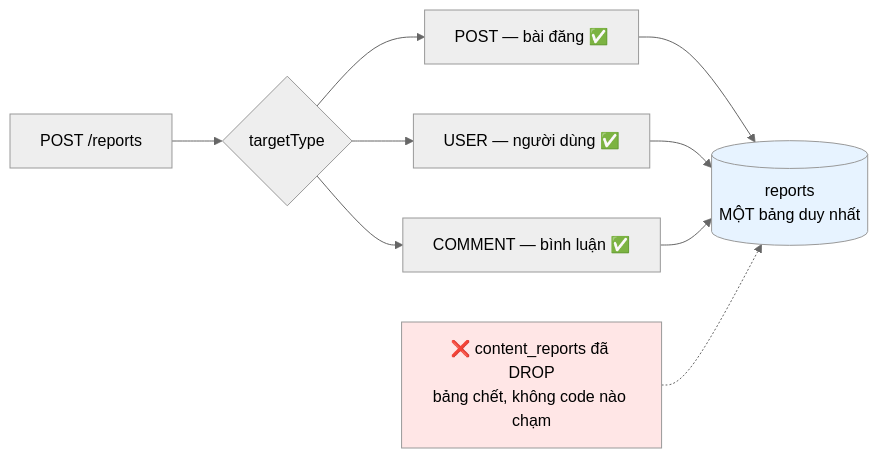
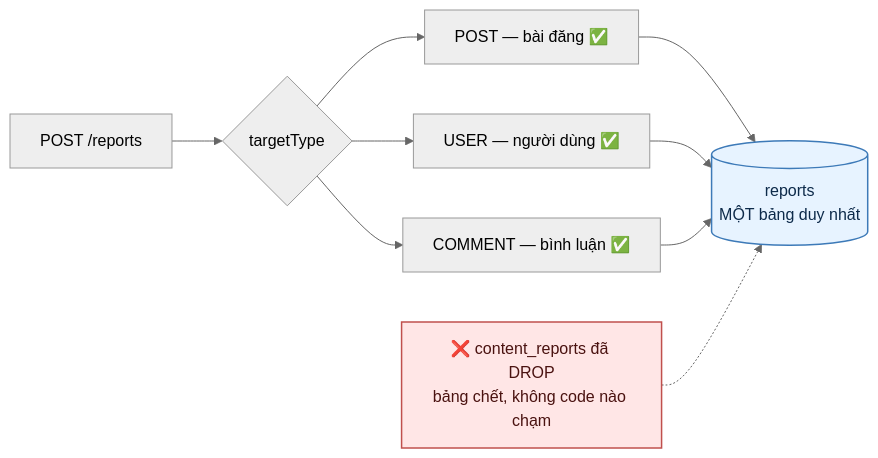
Before and after one commit to fdshn/trueheart: the first of 5 diagrams in docs/diagram/15-report.md, drawn with Mermaid (neutral theme). The commit also changed other lines of this file and 30 other files, not shown here.

First line of the commit message:
docs(diagram): chữ trong khối tô màu đọc được ở cả giao diện sáng và tối

````diff
--- a/docs/diagram/15-report.md
+++ b/docs/diagram/15-report.md
@@ -7,14 +7,14 @@
 ```mermaid
 flowchart LR
     A["POST /reports"] --> B{targetType}
     B --> C["POST — bài đăng ✅"]
     B --> D["USER — người dùng ✅"]
     B --> E["COMMENT — bình luận ✅"]
 
     C & D & E --> F[(reports<br/>MỘT bảng duy nhất)]
 
     G["❌ content_reports đã DROP<br/>bảng chết, không code nào chạm"] -.-> F
 
-    style F fill:#e7f3ff
-    style G fill:#ffe6e6
+    style F fill:#e7f3ff,stroke:#3d7ab8,stroke-width:1.5px,color:#0d2a4a
+    style G fill:#ffe6e6,stroke:#c0504d,stroke-width:1.5px,color:#4a1210
 ```
````
